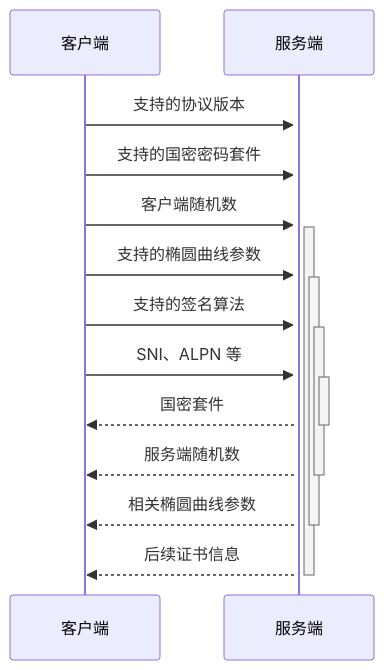
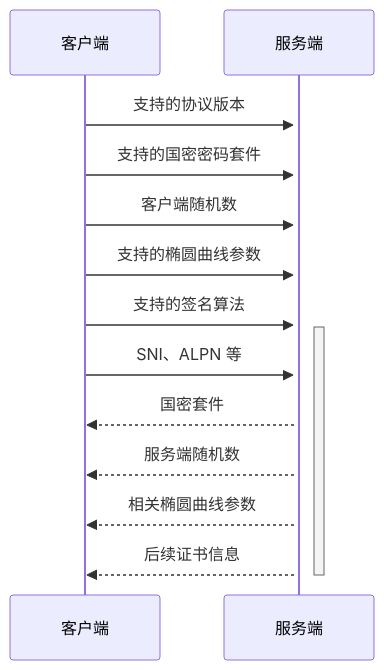
The diagram in all/未命名-1.md (HY-10-8/iodraw-files), drawn with Mermaid before and after one commit.

Commit message:
2026-03-24 10:01:11 update

````diff
--- a/all/未命名-1.md
+++ b/all/未命名-1.md
@@ -1,16 +1,16 @@
 ```mermaid
 sequenceDiagram
     客户端->>+服务端: 支持的协议版本
     客户端->>+服务端: 支持的国密密码套件
     客户端->>+服务端: 客户端随机数
     客户端->>+服务端: 支持的椭圆曲线参数
     客户端->>+服务端: 支持的签名算法
-    客户端->>+服务端: SNI、ALPN 等
+    客户端->>服务端: SNI、ALPN 等
 
-    服务端-->>-客户端: 国密套件
-    服务端-->>-客户端: 服务端随机数
-    服务端-->>-客户端: 相关椭圆曲线参数
+    服务端-->>客户端: 国密套件
+    服务端-->>客户端: 服务端随机数
+    服务端-->>客户端: 相关椭圆曲线参数
     服务端-->>-客户端: 后续证书信息
 
             
 ```
````
